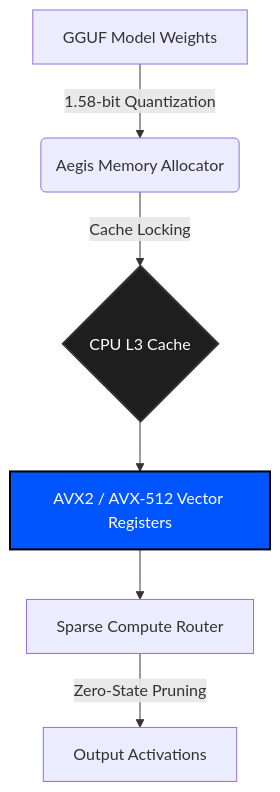
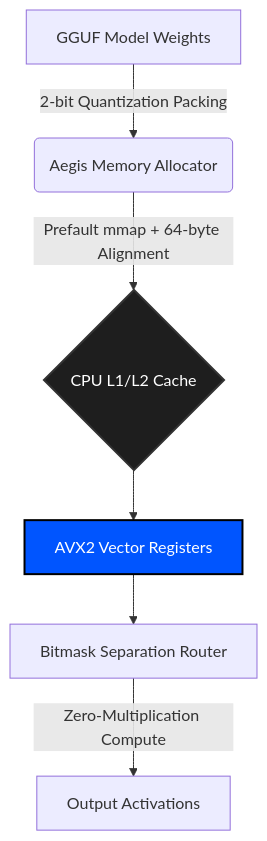
One commit to wheelerninja67/aegis-inference changed the diagram in README.md. Above: the diagram before and after it, drawn with Mermaid. The commit also changed other lines of this file, not shown here.

````diff
--- a/README.md
+++ b/README.md
@@ -31,11 +31,11 @@
 ```mermaid
 graph TD;
-    A[GGUF Model Weights] -->|1.58-bit Quantization| B(Aegis Memory Allocator);
-    B -->|Cache Locking| C{CPU L3 Cache};
-    C --> D[AVX2 / AVX-512 Vector Registers];
-    D --> E[Sparse Compute Router];
-    E -->|Zero-State Pruning| F[Output Activations];
+    A[GGUF Model Weights] -->|2-bit Quantization Packing| B(Aegis Memory Allocator);
+    B -->|Prefault mmap + 64-byte Alignment| C{CPU L1/L2 Cache};
+    C --> D[AVX2 Vector Registers];
+    D --> E[Bitmask Separation Router];
+    E -->|Zero-Multiplication Compute| F[Output Activations];
     
     style C fill:#1e1e1e,stroke:#333,stroke-width:2px,color:#fff
     style D fill:#0055ff,stroke:#000,stroke-width:2px,color:#fff
 ```
````
